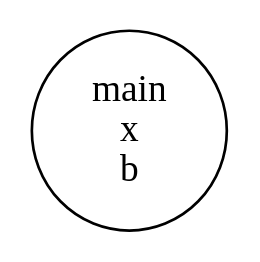
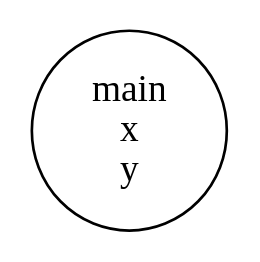
The diagram in output/SymbolTablevisual.dot (Are-you-listening/Compilers), drawn with Graphviz before and after one commit. The commit also changed 5 other files, not shown here.

```diff
--- a/output/SymbolTablevisual.dot
+++ b/output/SymbolTablevisual.dot
@@ -1,6 +1,6 @@
 digraph AST {
   "0" [label="main
 x
-b
+y
 "];
 }
```
